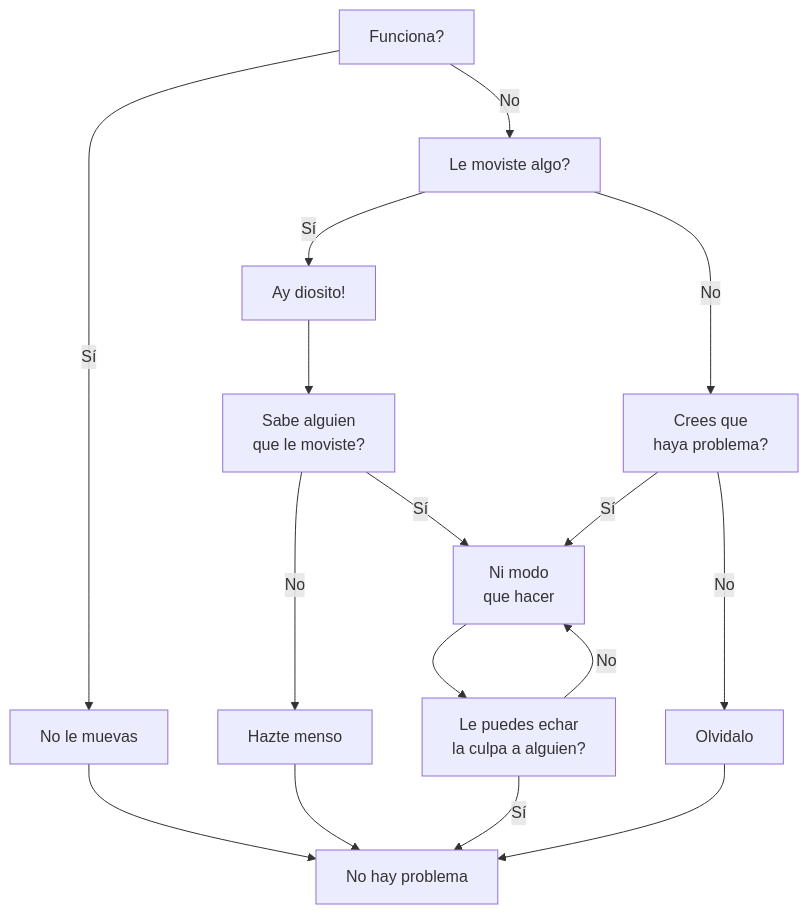
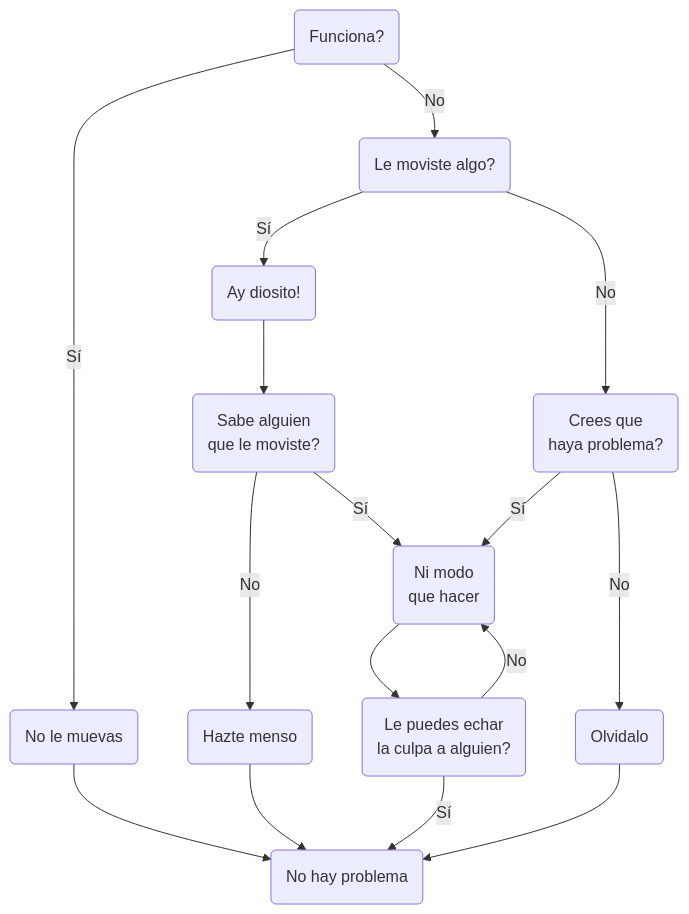
The diagram in 2.- Estrutura de programa/README.md (NGabrielHrz/Curso-JavaScript), drawn with Mermaid before and after one commit.

Commit message:
Estructura de programa

````diff
--- a/2.- Estrutura de programa/README.md
+++ b/2.- Estrutura de programa/README.md
@@ -5,19 +5,19 @@
 ```mermaid
 graph TD;
-    A[Funciona?];
-    A -- Sí --> C[No le muevas];
-    A -- No --> D[Le moviste algo?];
-    C --> E[No hay problema];
-    D -- Sí --> F[Ay diosito!];
-    D -- No --> G[Crees que<br/>haya problema?];
-    F --> H[Sabe alguien<br/>que le moviste?];
-    H -- Sí --> I[Ni modo<br/>que hacer];
-    H -- No --> J[Hazte menso];
+    A(Funciona?);
+    A -- Sí --> C(No le muevas);
+    A -- No --> D(Le moviste algo?);
+    C --> E(No hay problema);
+    D -- Sí --> F(Ay diosito!);
+    D -- No --> G(Crees que<br/>haya problema?);
+    F --> H(Sabe alguien<br/>que le moviste?);
+    H -- Sí --> I(Ni modo<br/>que hacer);
+    H -- No --> J(Hazte menso);
     J --> E;
-    I --> K[Le puedes echar<br/>la culpa a alguien?];
+    I --> K(Le puedes echar<br/>la culpa a alguien?);
     K -- Sí --> E;
     K -- No --> I;
     G -- Sí --> I;
-    G -- No --> L[Olvidalo];
+    G -- No --> L(Olvidalo);
     L --> E;
 ```
````
